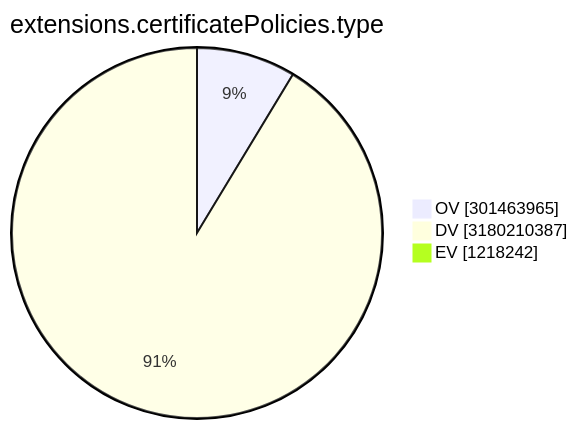
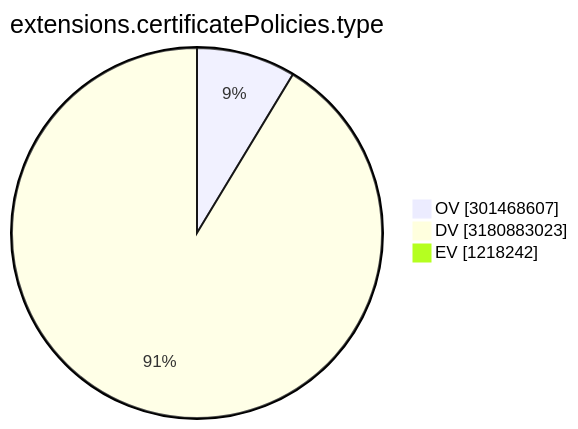
The ninth of 15 diagrams in TOTAL/README.md (christiankrug/ctmonitor_visualization), drawn with Mermaid before and after one commit. The commit also changed other lines of this file, not shown here.

````diff
--- a/TOTAL/README.md
+++ b/TOTAL/README.md
@@ -3106,7 +3106,7 @@
 ```mermaid
 pie showData
 title extensions.certificatePolicies.type
-"OV" :301463965
-"DV" :3180210387
+"OV" :301468607
+"DV" :3180883023
 "EV" :1218242
 ```
````
